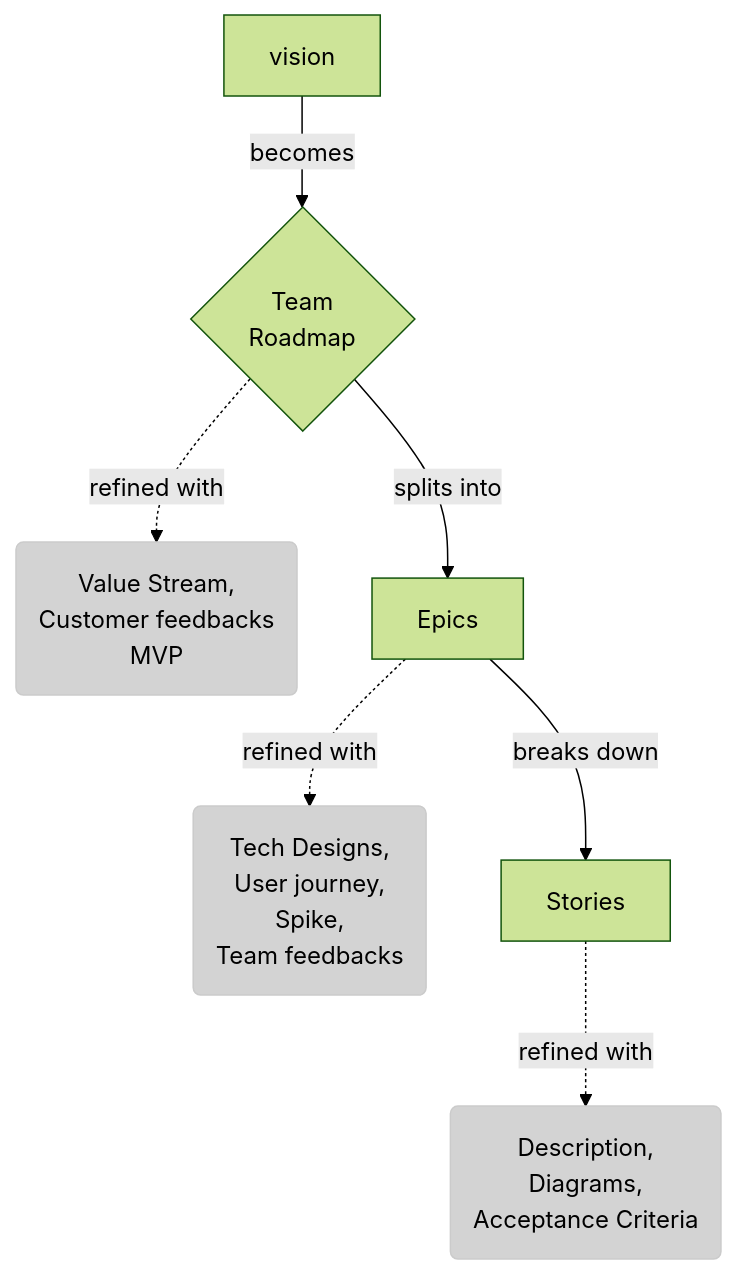
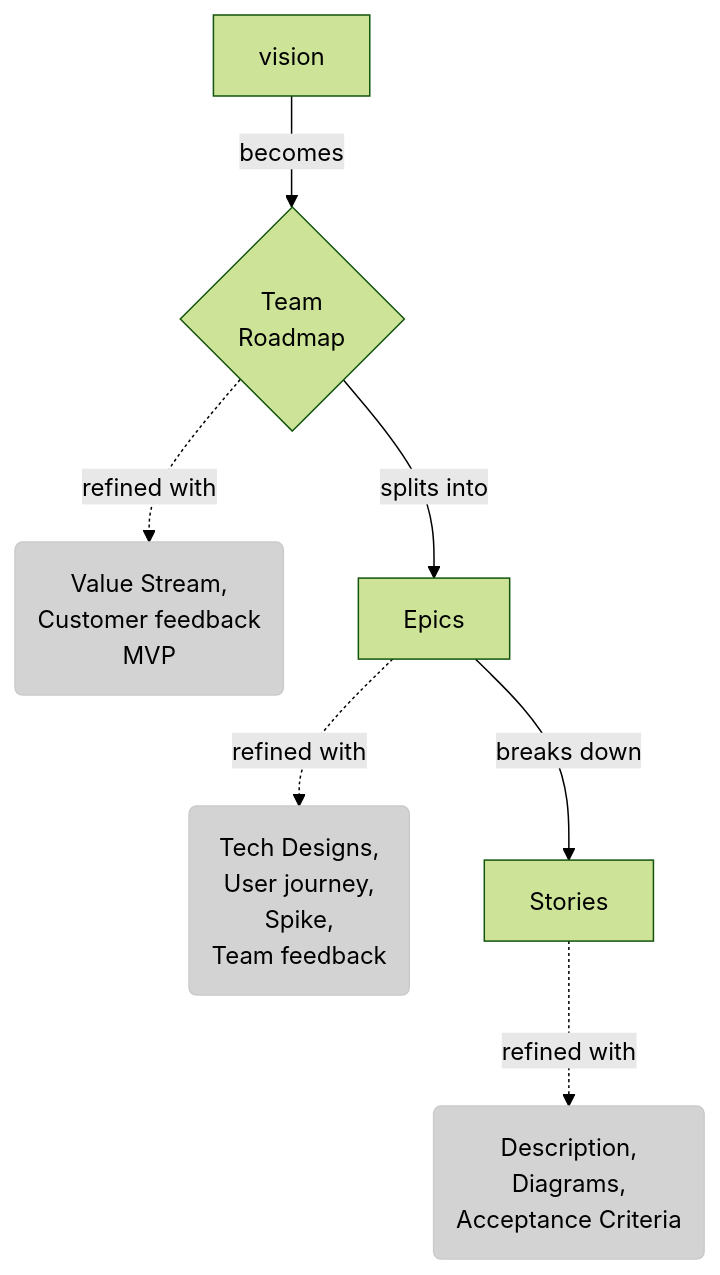
One commit to sylhare/sylhare.github.io changed the second of 2 diagrams in _posts/2023/2023-05-19-How-to-refine-engineering-work.md. Above: the diagram before and after it, drawn with Mermaid (forest theme). The commit also changed 3 other files, not shown here.

```diff
--- a/_posts/2023/2023-05-19-How-to-refine-engineering-work.md
+++ b/_posts/2023/2023-05-19-How-to-refine-engineering-work.md
@@ -99,12 +99,12 @@
 <div class="mermaid">
 flowchart TD
     style DC fill:#d3d3d3, stroke:#cbcbcb
     style DE fill:#d3d3d3, stroke:#cbcbcb
     style DS fill:#d3d3d3, stroke:#cbcbcb
     A[vision] --> |becomes| C{Team\nRoadmap}
-    C -.->|refined with| DC(Value Stream,\nCustomer feedbacks\nMVP)
+    C -.->|refined with| DC(Value Stream,\nCustomer feedback\nMVP)
     C -->|splits into| D[Epics] 
-    D -.->|refined with| DE(Tech Designs,\nUser journey,\nSpike,\nTeam feedbacks)
+    D -.->|refined with| DE(Tech Designs,\nUser journey,\nSpike,\nTeam feedback)
     D -->|breaks down| S[Stories]
     S -.->|refined with| DS(Description,\nDiagrams,\n Acceptance Criteria)
 </div>
```
